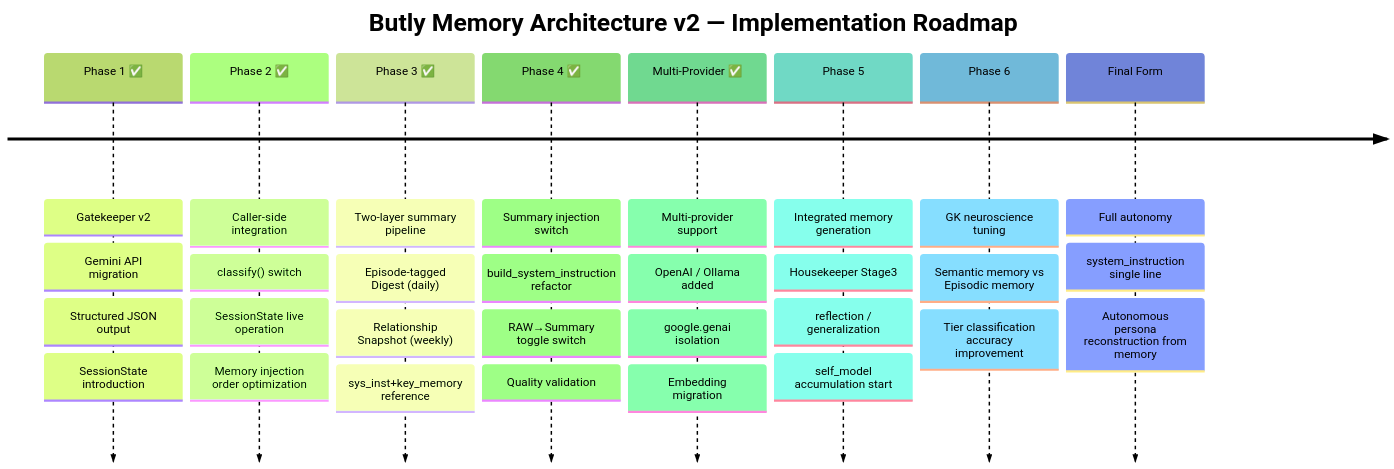
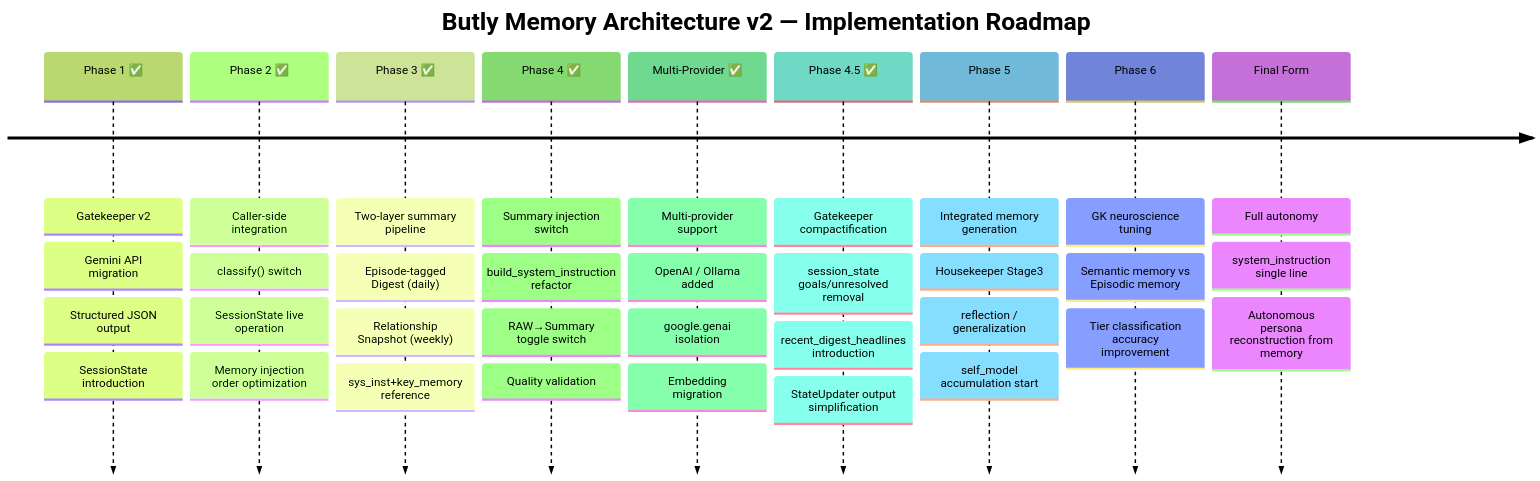
The fifth of 5 diagrams in README.md (unagisann/Butly), drawn with Mermaid (forest theme) before and after one commit. The commit also changed 22 other files, not shown here.

First line of the commit message:
feat(gatekeeper): Gatekeeper compactification + recent_digest_headlines

````diff
--- a/README.md
+++ b/README.md
@@ -276,34 +276,38 @@
 ```mermaid
 timeline
     title Butly Memory Architecture v2 — Implementation Roadmap
     Phase 1 ✅ : Gatekeeper v2
                 : Gemini API migration
                 : Structured JSON output
                 : SessionState introduction
     Phase 2 ✅ : Caller-side integration
                 : classify() switch
                 : SessionState live operation
                 : Memory injection order optimization
     Phase 3 ✅ : Two-layer summary pipeline
                 : Episode-tagged Digest (daily)
                 : Relationship Snapshot (weekly)
                 : sys_inst+key_memory reference
     Phase 4 ✅ : Summary injection switch
              : build_system_instruction refactor
              : RAW→Summary toggle switch
              : Quality validation
     Multi-Provider ✅ : Multi-provider support
              : OpenAI / Ollama added
              : google.genai isolation
              : Embedding migration
+    Phase 4.5 ✅ : Gatekeeper compactification
+             : session_state goals/unresolved removal
+             : recent_digest_headlines introduction
+             : StateUpdater output simplification
     Phase 5 : Integrated memory generation
              : Housekeeper Stage3
              : reflection / generalization
              : self_model accumulation start
     Phase 6 : GK neuroscience tuning
              : Semantic memory vs Episodic memory
              : Tier classification accuracy improvement
     Final Form : Full autonomy
                 : system_instruction single line
                 : Autonomous persona reconstruction from memory
 ```
````
